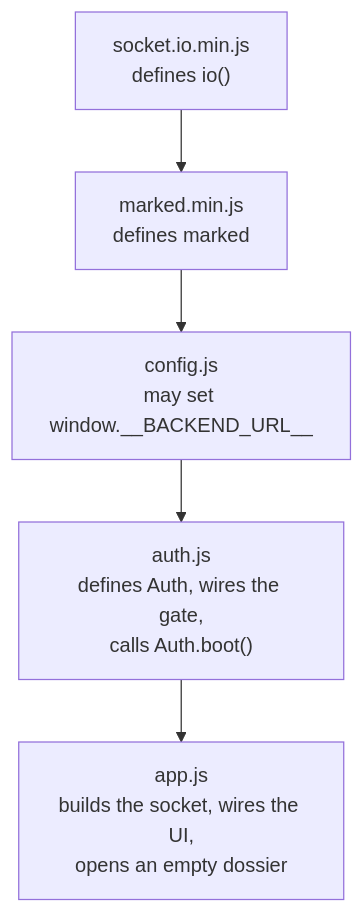
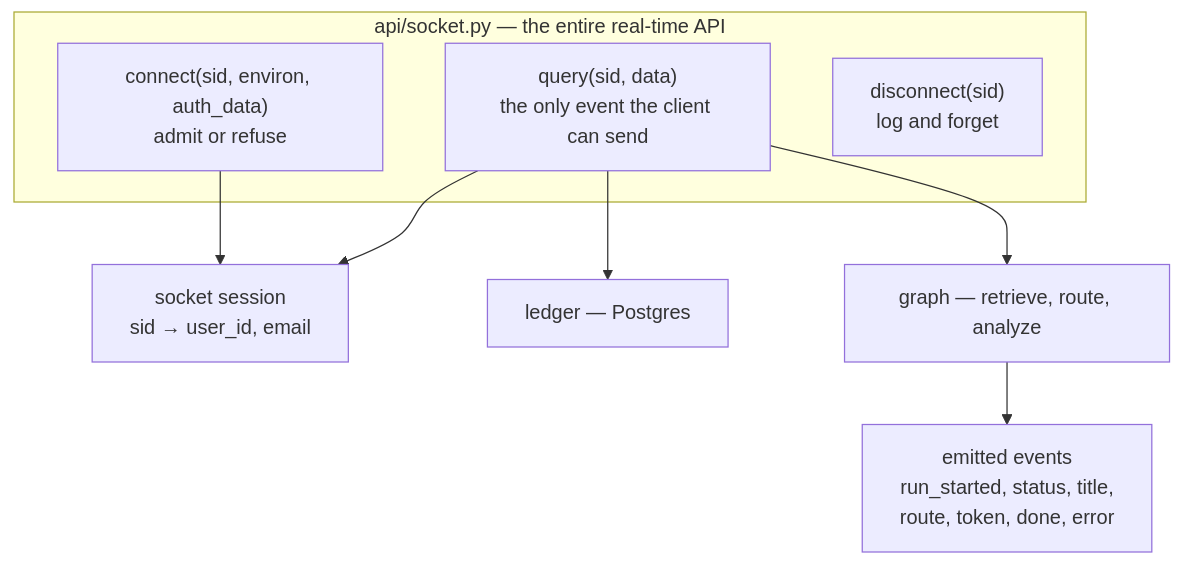
Before and after one commit to selvakumarperumal/Corporate_Filing_Analyzer_Agent: the second of 20 diagrams in docs/FRONTEND-SOCKETIO.md, drawn with Mermaid. The commit also changed other lines of this file and 3 other files, not shown here.

````diff
--- a/docs/FRONTEND-SOCKETIO.md
+++ b/docs/FRONTEND-SOCKETIO.md
@@ -111,7 +132,13 @@
 ```mermaid
 flowchart TD
-  A["socket.io.min.js<br/>defines io()"] --> B["marked.min.js<br/>defines marked"]
-  B --> C["config.js<br/>may set window.__BACKEND_URL__"]
-  C --> D["auth.js<br/>defines Auth, wires the gate,<br/>calls Auth.boot()"]
-  D --> E["app.js<br/>builds the socket, wires the UI,<br/>opens an empty dossier"]
+  subgraph handlers["api/socket.py — the entire real-time API"]
+    C["connect(sid, environ, auth_data)<br/>admit or refuse"]
+    Q["query(sid, data)<br/>the only event the client can send"]
+    D["disconnect(sid)<br/>log and forget"]
+  end
+  C --> S["socket session<br/>sid → user_id, email"]
+  Q --> S
+  Q --> L["ledger — Postgres"]
+  Q --> G["graph — retrieve, route, analyze"]
+  G --> E["emitted events<br/>run_started, status, title,<br/>route, token, done, error"]
 ```
````
